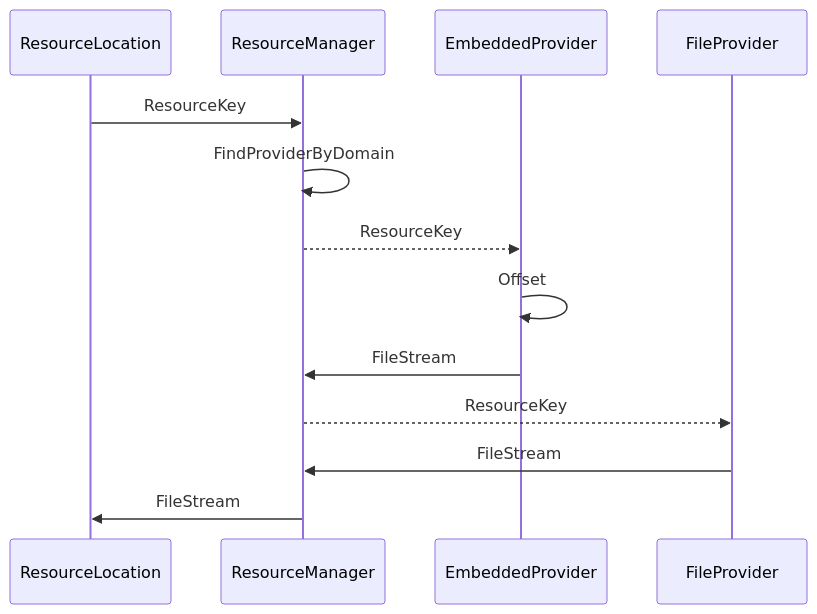
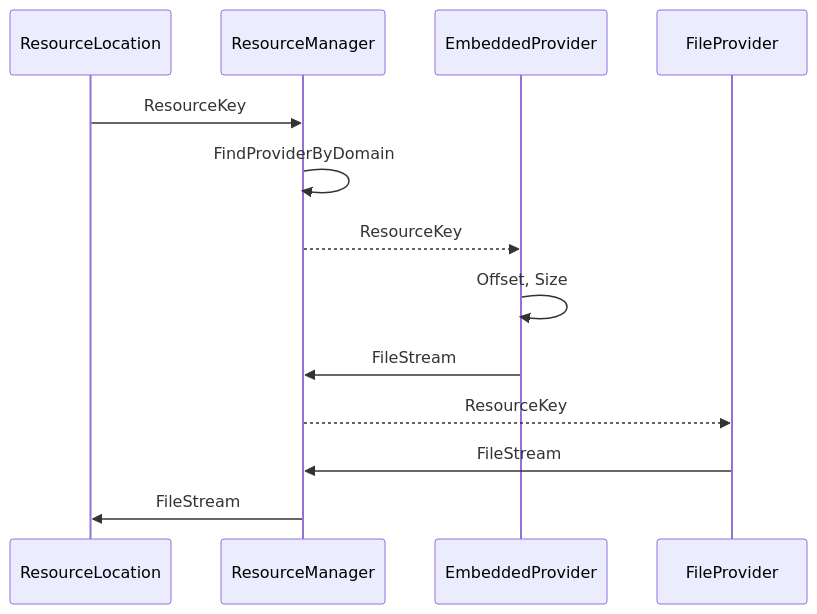
One commit to Windmill-City/LearnOpenGL changed the second of 2 diagrams in Readme.md. Above: the diagram before and after it, drawn with Mermaid. The commit also changed other lines of this file and 4 other files, not shown here.

````diff
--- a/Readme.md
+++ b/Readme.md
@@ -53,19 +146,19 @@
 ```mermaid
 sequenceDiagram
     participant R as ResourceLocation
     participant M as ResourceManager
     participant E as EmbeddedProvider
     participant F as FileProvider
 
     R ->> M: ResourceKey
     M ->> M: FindProviderByDomain
 
     M -->> E: ResourceKey
-    E ->> E: Offset
+    E ->> E: Offset, Size
     E ->> M: FileStream
 
     M -->> F: ResourceKey
     F ->> M: FileStream
 
     M ->> R: FileStream
 ```
````
